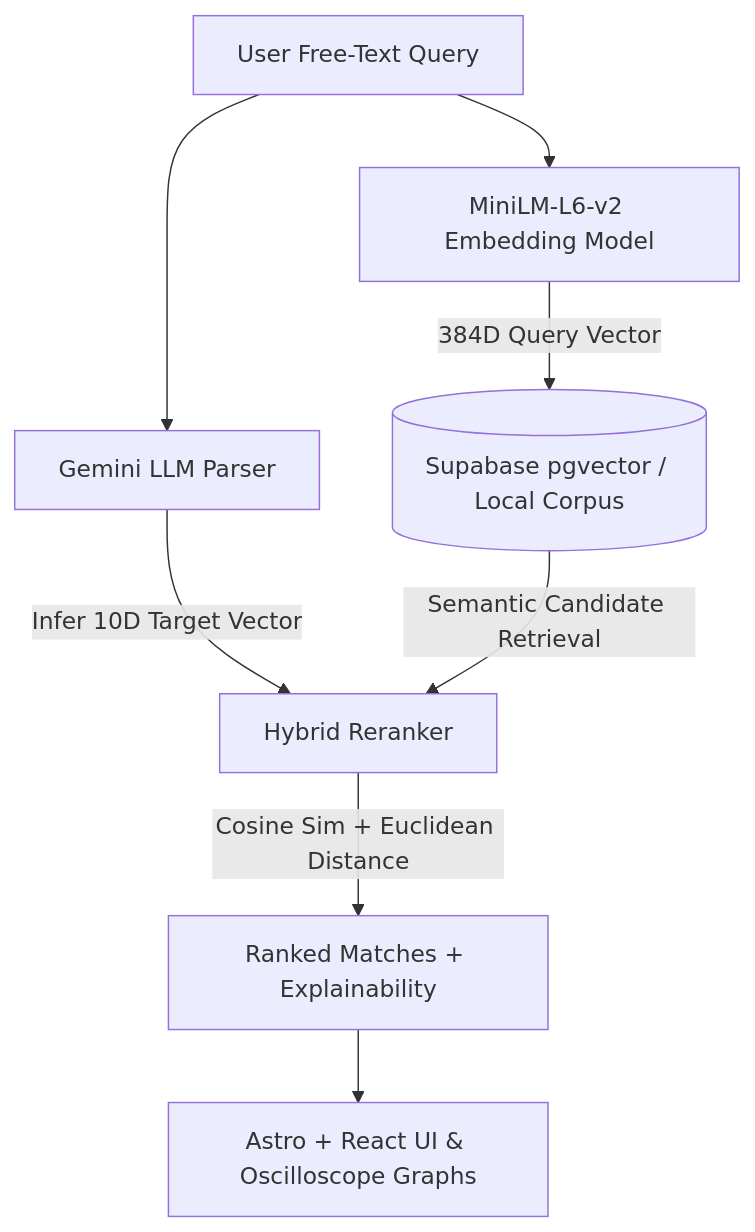
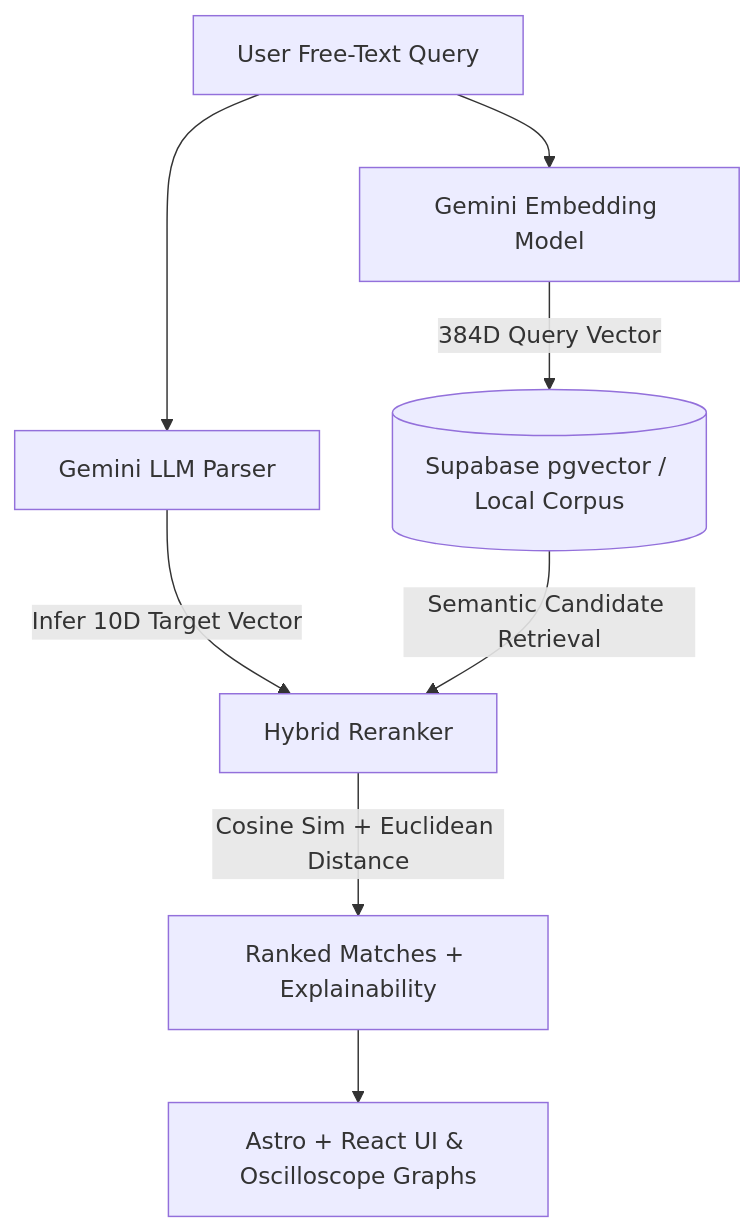
Before and after one commit to mridhul3234/IEM-s-recommendation-system: the diagram in README.md, drawn with Mermaid. The commit also changed other lines of this file and 43 other files, not shown here.

````diff
--- a/README.md
+++ b/README.md
@@ -46,10 +57,10 @@
 ```mermaid
 graph TD
     A[User Free-Text Query] --> B[Gemini LLM Parser]
-    A --> C[MiniLM-L6-v2 Embedding Model]
+    A --> C[Gemini Embedding Model]
     B -->|Infer 10D Target Vector| D[Hybrid Reranker]
     C -->|384D Query Vector| E[(Supabase pgvector / Local Corpus)]
     E -->|Semantic Candidate Retrieval| D
     D -->|Cosine Sim + Euclidean Distance| F[Ranked Matches + Explainability]
     F --> G[Astro + React UI & Oscilloscope Graphs]
 ```
````
